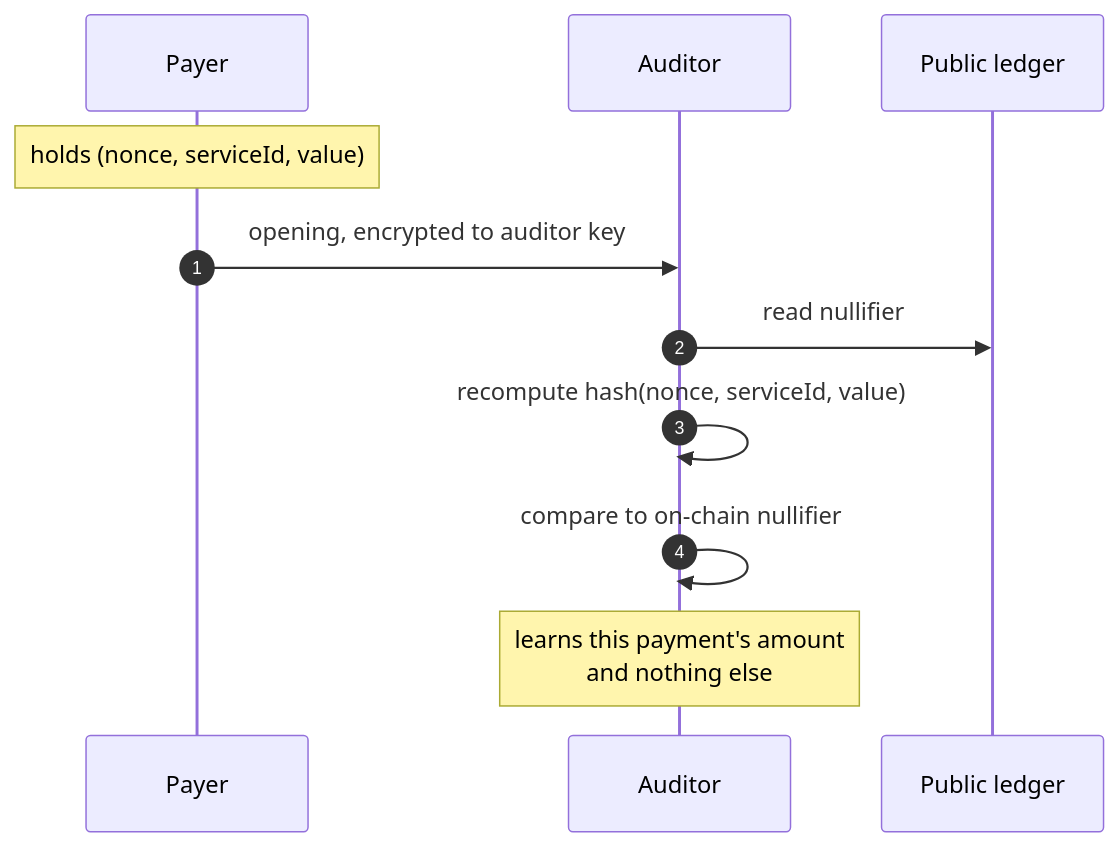
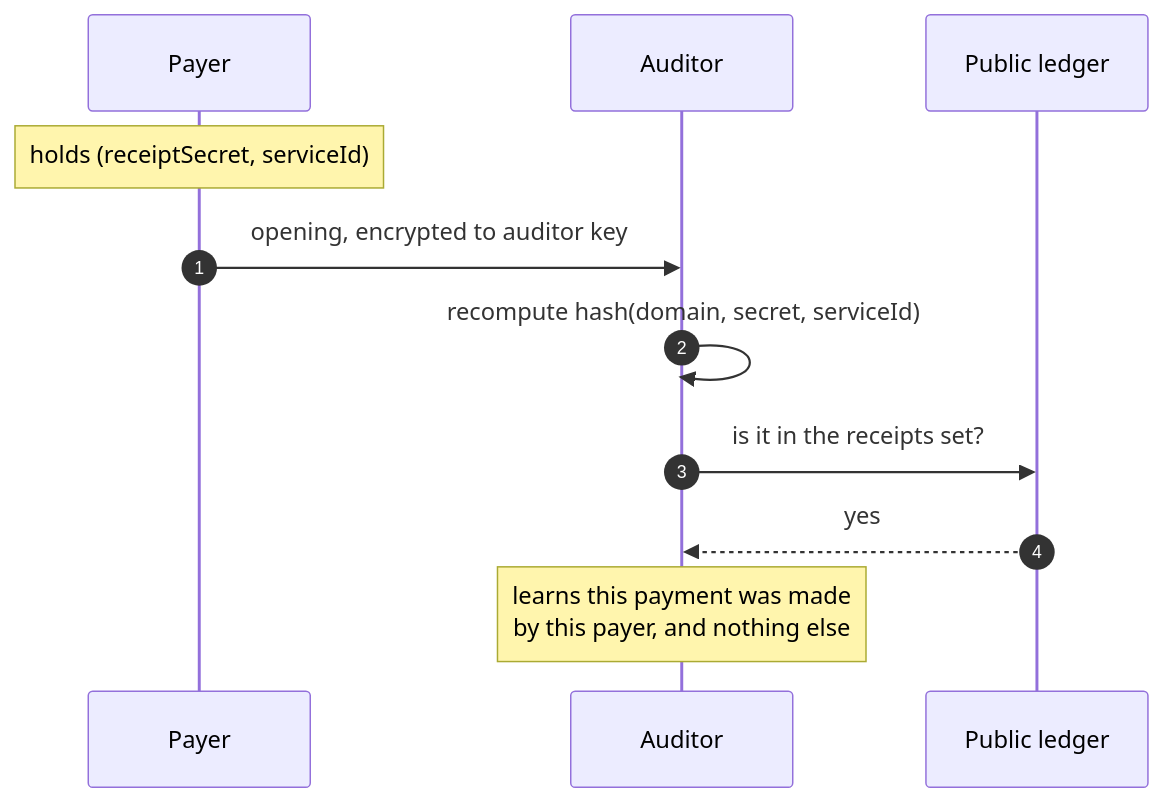
The eighth of 9 diagrams in docs/architecture/payment-flow.md (julianariel/m402), drawn with Mermaid before and after one commit. The commit also changed other lines of this file and 6 other files, not shown here.

````diff
--- a/docs/architecture/payment-flow.md
+++ b/docs/architecture/payment-flow.md
@@ -177,15 +204,15 @@
 ```mermaid
 sequenceDiagram
     autonumber
     participant P as Payer
     participant Au as Auditor
     participant L as Public ledger
 
-    Note over P: holds (nonce, serviceId, value)
+    Note over P: holds (receiptSecret, serviceId)
     P->>Au: opening, encrypted to auditor key
-    Au->>L: read nullifier
-    Au->>Au: recompute hash(nonce, serviceId, value)
-    Au->>Au: compare to on-chain nullifier
+    Au->>Au: recompute hash(domain, secret, serviceId)
+    Au->>L: is it in the receipts set?
+    L-->>Au: yes
 
-    Note over Au: learns this payment's amount<br/>and nothing else
+    Note over Au: learns this payment was made<br/>by this payer, and nothing else
 ```
````
